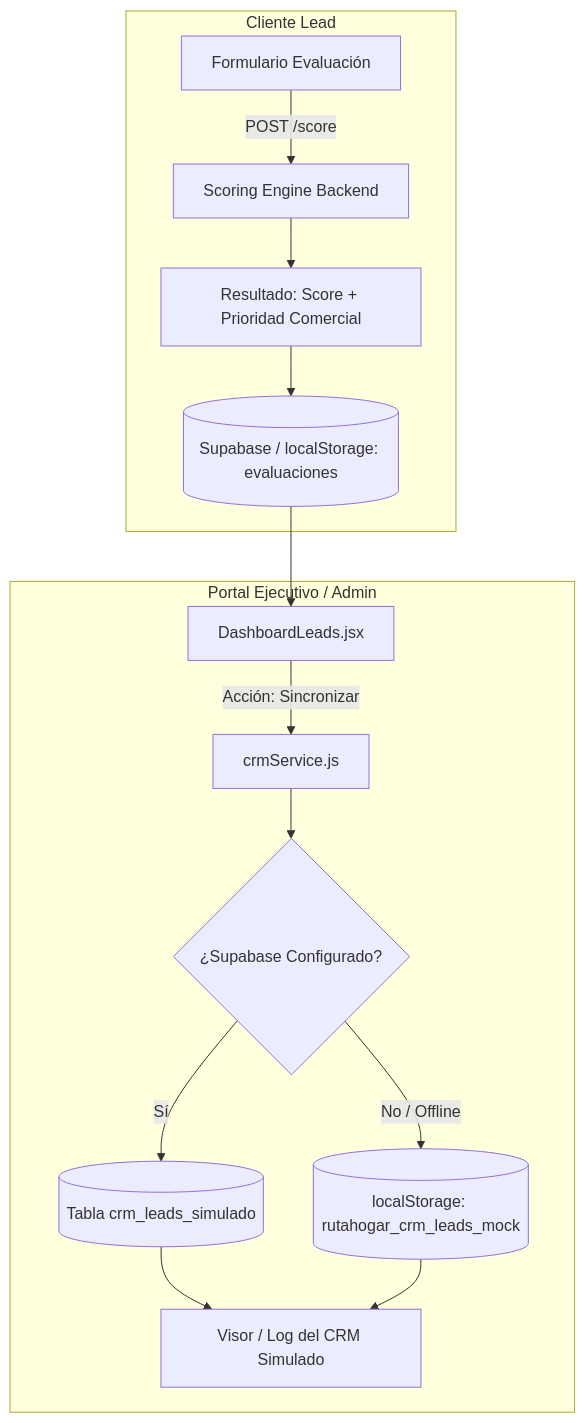
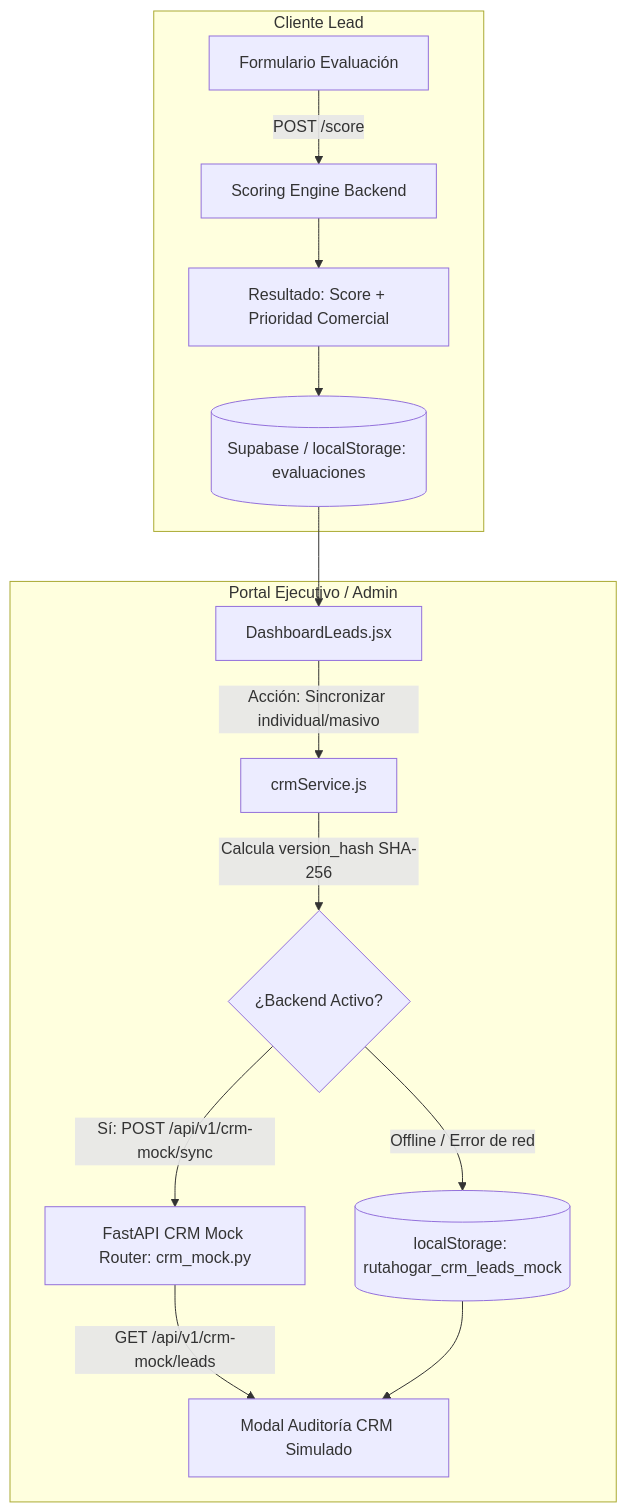
One commit to Bolgunn/RutaHogar changed the diagram in agents/ANTIGRAVITY_HU12_DERIVACION_COMERCIAL.md. Above: the diagram before and after it, drawn with Mermaid. The commit also changed other lines of this file and 4 other files, not shown here.

````diff
--- a/agents/ANTIGRAVITY_HU12_DERIVACION_COMERCIAL.md
+++ b/agents/ANTIGRAVITY_HU12_DERIVACION_COMERCIAL.md
@@ -115,18 +115,18 @@
 ```mermaid
 flowchart TD
     subgraph Cliente Lead
         A[Formulario Evaluación] -->|POST /score| B[Scoring Engine Backend]
         B --> C[Resultado: Score + Prioridad Comercial]
         C --> D[(Supabase / localStorage: evaluaciones)]
     end
 
     subgraph Portal Ejecutivo / Admin
         D --> E[DashboardLeads.jsx]
-        E -->|Acción: Sincronizar| F[crmService.js]
-        F --> G{¿Supabase Configurado?}
-        G -->|Sí| H[(Tabla crm_leads_simulado)]
-        G -->|No / Offline| I[(localStorage: rutahogar_crm_leads_mock)]
-        H --> J[Visor / Log del CRM Simulado]
+        E -->|Acción: Sincronizar individual/masivo| F[crmService.js]
+        F -->|Calcula version_hash SHA-256| G{¿Backend Activo?}
+        G -->|Sí: POST /api/v1/crm-mock/sync| H[FastAPI CRM Mock Router: crm_mock.py]
+        G -->|Offline / Error de red| I[(localStorage: rutahogar_crm_leads_mock)]
+        H -->|GET /api/v1/crm-mock/leads| J[Modal Auditoría CRM Simulado]
         I --> J
     end
 ```
````
